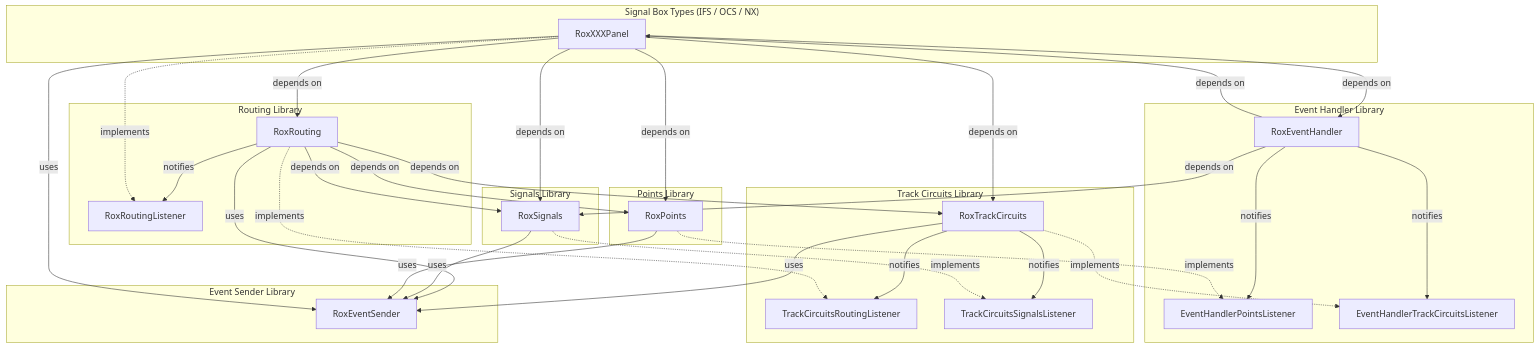
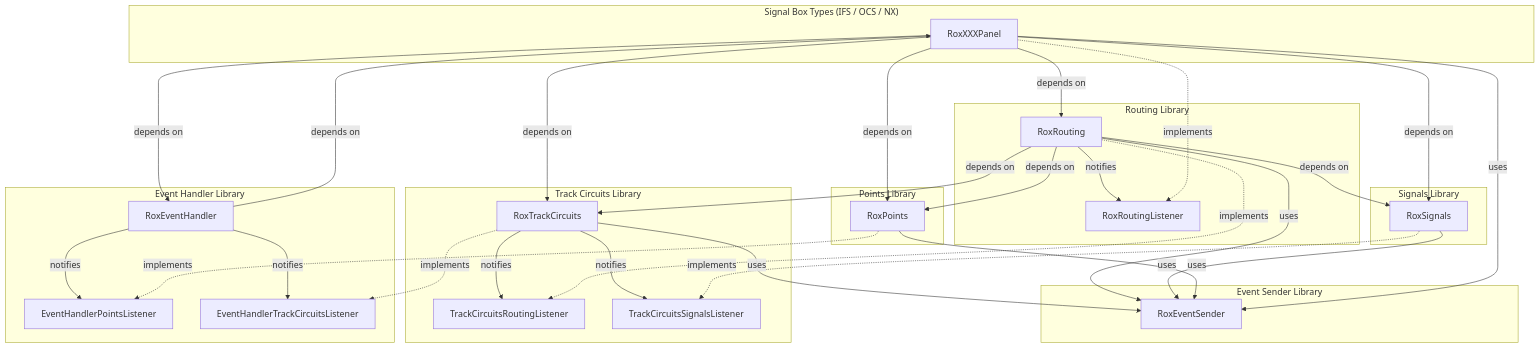
Before and after one commit to NickLocke/RoxeterModelRailway: the diagram in ApplicationDesign/HighLevelArchitecture.md, drawn with Mermaid.

Commit message:
Removed redundant signal dependency

```diff
--- a/ApplicationDesign/HighLevelArchitecture.md
+++ b/ApplicationDesign/HighLevelArchitecture.md
@@ -3,79 +3,78 @@
 <div class="mermaid">
 
 flowchart TB
 
     %% As this is a high-level diagram, don't spell out all three box types separately.
 
     subgraph Panels["Signal Box Types (IFS / OCS / NX)"]
         XXX["RoxXXXPanel"]
     end
 
     %% Each library grouped together
 
     subgraph RoutingLibrary["Routing Library"]
         Routing["RoxRouting"]
         RoutingListener["RoxRoutingListener"]
     end
 
     subgraph SignalsLibrary["Signals Library"]
         Signals["RoxSignals"]
     end
 
     subgraph PointsLibrary["Points Library"]
         Points["RoxPoints"]
     end
 
     subgraph TrackCircuitsLibrary["Track Circuits Library"]
         TrackCircuits["RoxTrackCircuits"]
         TrackCircuitsRoutingListener["TrackCircuitsRoutingListener"]
         TrackCircuitsSignalsListener["TrackCircuitsSignalsListener"]
     end
 
     subgraph EventSenderLibrary["Event Sender Library"]
         EventSender["RoxEventSender"]
     end
 
     subgraph EventHandlerLibrary["Event Handler Library"]
         EventHandler["RoxEventHandler"]
         EventHandlerPointsListener["EventHandlerPointsListener"]
         EventHandlerTrackCircuitsListener["EventHandlerTrackCircuitsListener"]
     end
 
     %% Depends on is where the class is passed into the constructor of the object.
 
     XXX -->|depends on| Routing
     XXX -->|depends on| Signals
     XXX -->|depends on| Points
     XXX -->|depends on| TrackCircuits
     XXX -->|depends on| EventHandler
 
     Routing -->|depends on| Signals
     Routing -->|depends on| Points
     Routing -->|depends on| TrackCircuits
 
-    EventHandler -->|depends on| Signals
     EventHandler -->|depends on| XXX
 
     %% Notifies is the process of a library calling one of its listeners
 
     Routing -->|notifies| RoutingListener
     TrackCircuits -->|notifies| TrackCircuitsRoutingListener
     TrackCircuits -->|notifies| TrackCircuitsSignalsListener
     EventHandler -->|notifies| EventHandlerPointsListener
     EventHandler -->|notifies| EventHandlerTrackCircuitsListener
 
     %% Implements is where a class implements one of the other class's interfaces.
 
     XXX -.->|implements| RoutingListener
     Signals -.->|implements| TrackCircuitsSignalsListener
     Routing -.->|implements| TrackCircuitsRoutingListener
     Points -.->|implements| EventHandlerPointsListener
     TrackCircuits -.->|implements| EventHandlerTrackCircuitsListener
 
     Routing -->|uses| EventSender
     Signals -->|uses| EventSender
     Points -->|uses| EventSender
     TrackCircuits -->|uses| EventSender
     XXX -->|uses| EventSender
 
 </div>
```
